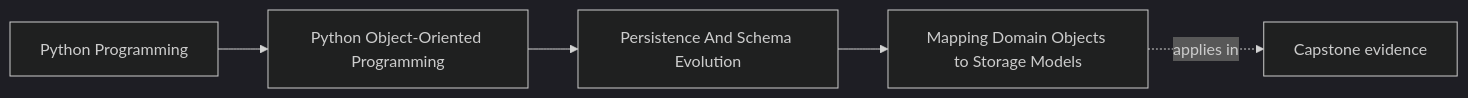
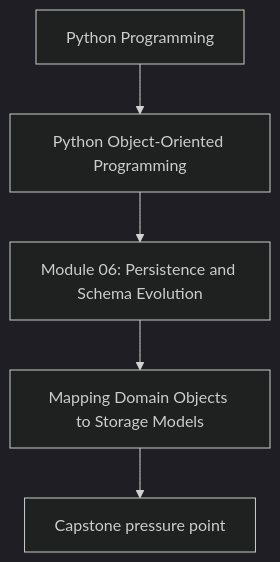
Before and after one commit to bijux/bijux-masterclass: the first of 2 diagrams in programs/python-programming/python-object-oriented-programming/course-book/module-06-persistence-and-schema-evolution/mapping-domain-objects-to-storage-models.md, drawn with Mermaid (dark theme). The commit also changed other lines of this file and 107 other files, not shown here.

Commit message:
docs(python-object-oriented-programming): align concept page diagrams

````diff
--- a/programs/python-programming/python-object-oriented-programming/course-book/module-06-persistence-and-schema-evolution/mapping-domain-objects-to-storage-models.md
+++ b/programs/python-programming/python-object-oriented-programming/course-book/module-06-persistence-and-schema-evolution/mapping-domain-objects-to-storage-models.md
@@ -7,11 +7,7 @@
 ```mermaid
-graph LR
-  family["Python Programming"]
-  program["Python Object-Oriented Programming"]
-  section["Persistence And Schema Evolution"]
-  page["Mapping Domain Objects to Storage Models"]
-  capstone["Capstone evidence"]
-
-  family --> program --> section --> page
-  page -.applies in.-> capstone
+flowchart TD
+  family["Python Programming"] --> program["Python Object-Oriented Programming"]
+  program --> module["Module 06: Persistence and Schema Evolution"]
+  module --> concept["Mapping Domain Objects to Storage Models"]
+  concept --> capstone["Capstone pressure point"]
 ```
````
